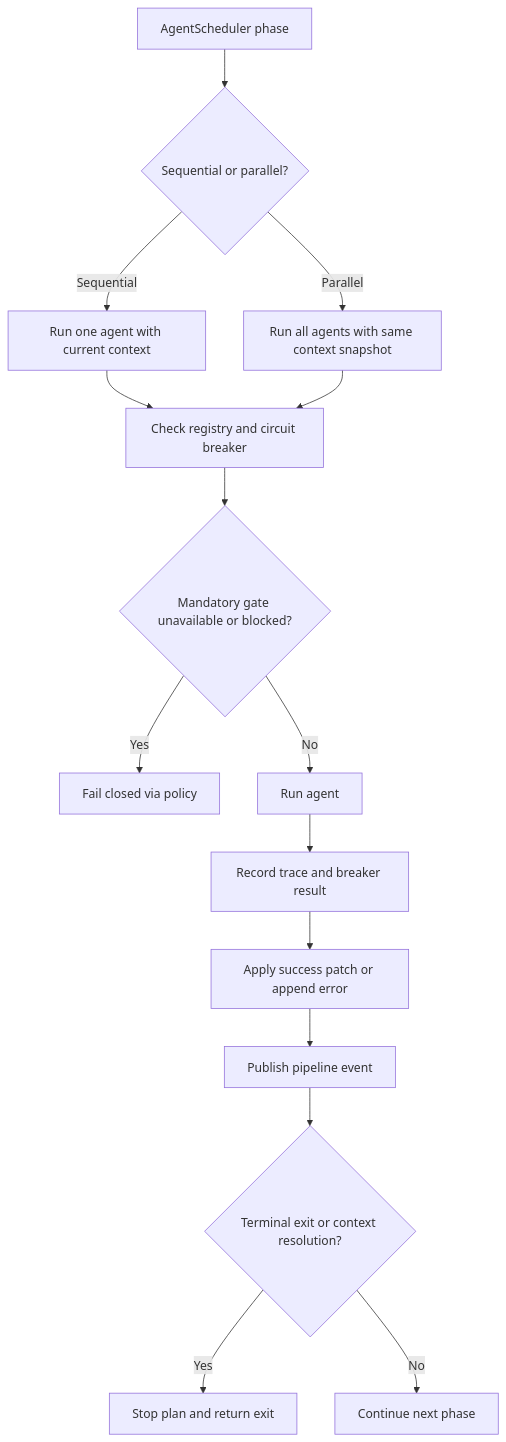
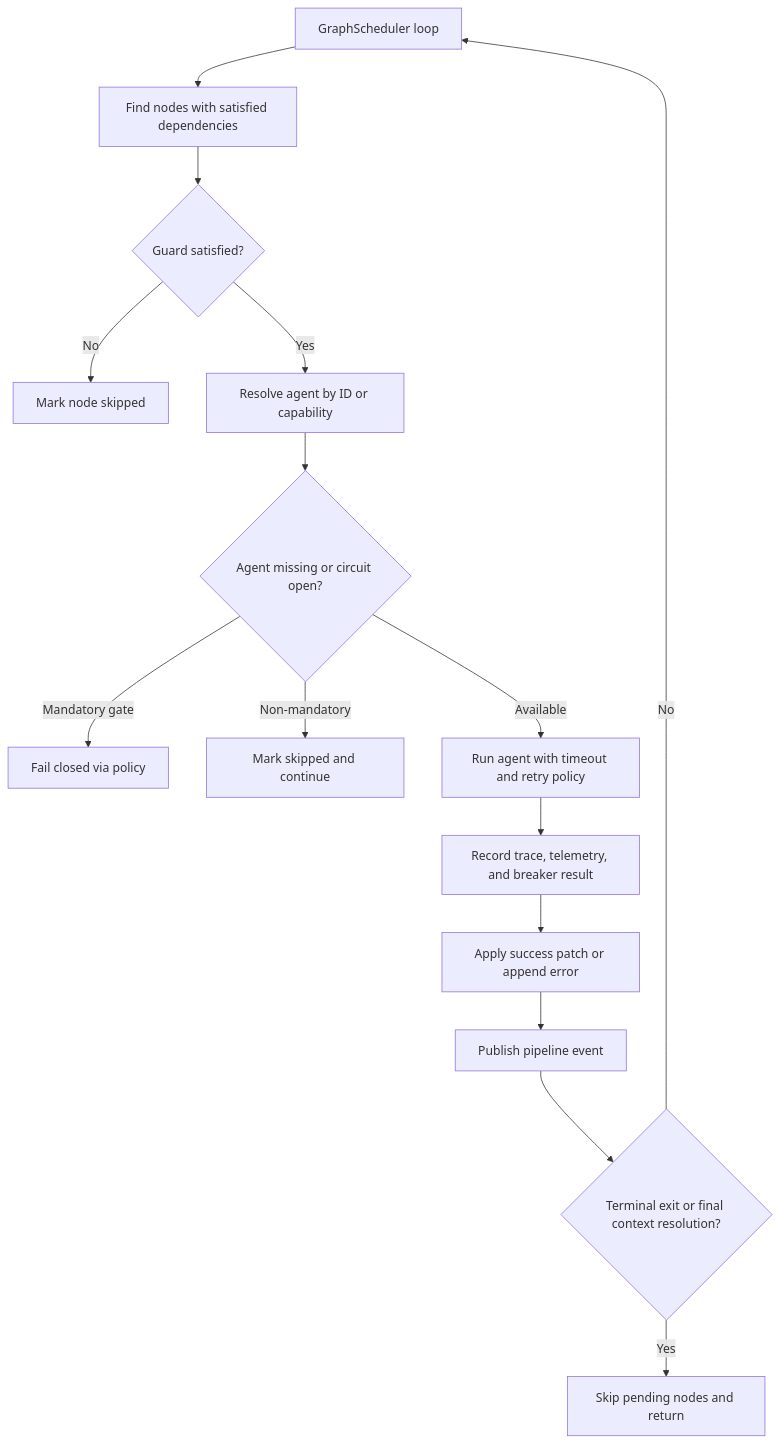
One commit to ksypinro/HomeAutomation changed the third of 3 diagrams in HomeAutomationCore/Sources/HomeAutomationOrchestrator/README.md. Above: the diagram before and after it, drawn with Mermaid. The commit also changed other lines of this file and 27 other files, not shown here.

````diff
--- a/HomeAutomationCore/Sources/HomeAutomationOrchestrator/README.md
+++ b/HomeAutomationCore/Sources/HomeAutomationOrchestrator/README.md
@@ -166,17 +144,17 @@
 ```mermaid
 flowchart TD
-    A["AgentScheduler phase"] --> B{"Sequential or parallel?"}
-    B -->|Sequential| C["Run one agent with current context"]
-    B -->|Parallel| D["Run all agents with same context snapshot"]
-    C --> E["Check registry and circuit breaker"]
-    D --> E
-    E --> F{"Mandatory gate unavailable or blocked?"}
-    F -->|Yes| G["Fail closed via policy"]
-    F -->|No| H["Run agent"]
-    H --> I["Record trace and breaker result"]
-    I --> J["Apply success patch or append error"]
-    J --> K["Publish pipeline event"]
-    K --> L{"Terminal exit or context resolution?"}
-    L -->|Yes| M["Stop plan and return exit"]
-    L -->|No| N["Continue next phase"]
+    A["GraphScheduler loop"] --> B["Find nodes with satisfied dependencies"]
+    B --> C{"Guard satisfied?"}
+    C -->|No| D["Mark node skipped"]
+    C -->|Yes| E["Resolve agent by ID or capability"]
+    E --> F{"Agent missing or circuit open?"}
+    F -->|Mandatory gate| G["Fail closed via policy"]
+    F -->|Non-mandatory| H["Mark skipped and continue"]
+    F -->|Available| I["Run agent with timeout and retry policy"]
+    I --> J["Record trace, telemetry, and breaker result"]
+    J --> K["Apply success patch or append error"]
+    K --> L["Publish pipeline event"]
+    L --> M{"Terminal exit or final context resolution?"}
+    M -->|Yes| N["Skip pending nodes and return"]
+    M -->|No| A
 ```
````
